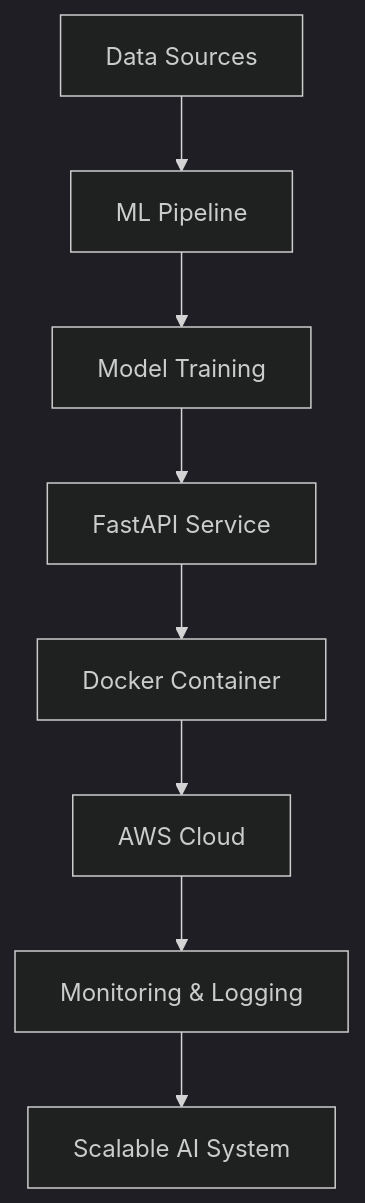
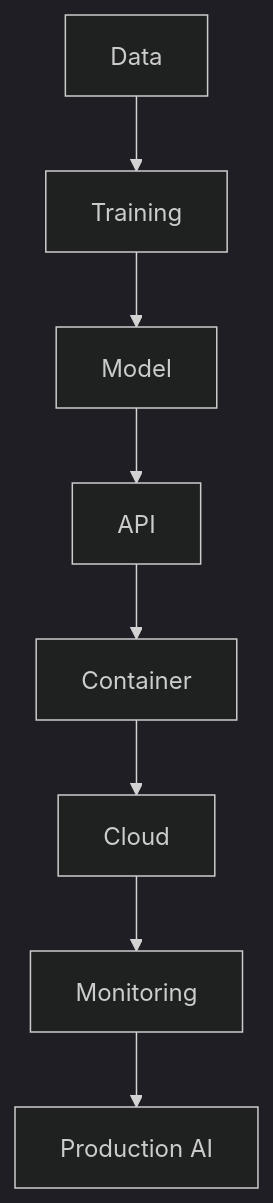
The diagram in README.md (sahil0078sharma-oss/sahil0078sharma-oss), drawn with Mermaid (dark theme) before and after one commit. The commit also changed other lines of this file, not shown here.

````diff
--- a/README.md
+++ b/README.md
@@ -188,10 +144,10 @@
 ```mermaid
 graph TD
-    A[Data Sources] --> B[ML Pipeline]
-    B --> C[Model Training]
-    C --> D[FastAPI Service]
-    D --> E[Docker Container]
-    E --> F[AWS Cloud]
-    F --> G[Monitoring & Logging]
-    G --> H[Scalable AI System]
+    A[Data] --> B[Training]
+    B --> C[Model]
+    C --> D[API]
+    D --> E[Container]
+    E --> F[Cloud]
+    F --> G[Monitoring]
+    G --> H[Production AI]
 ```
````
